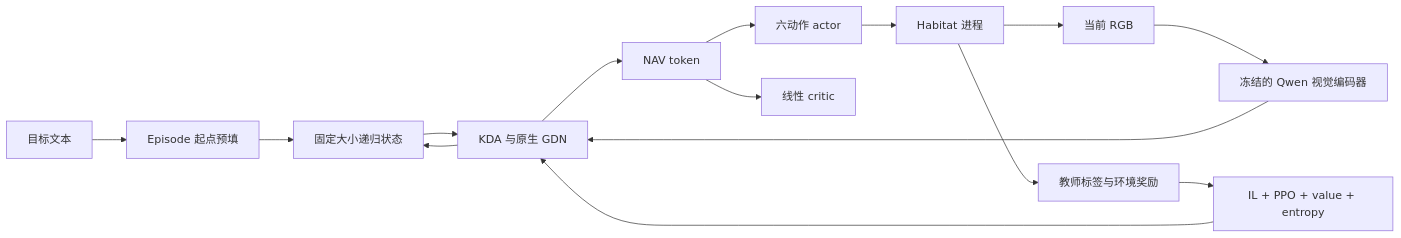
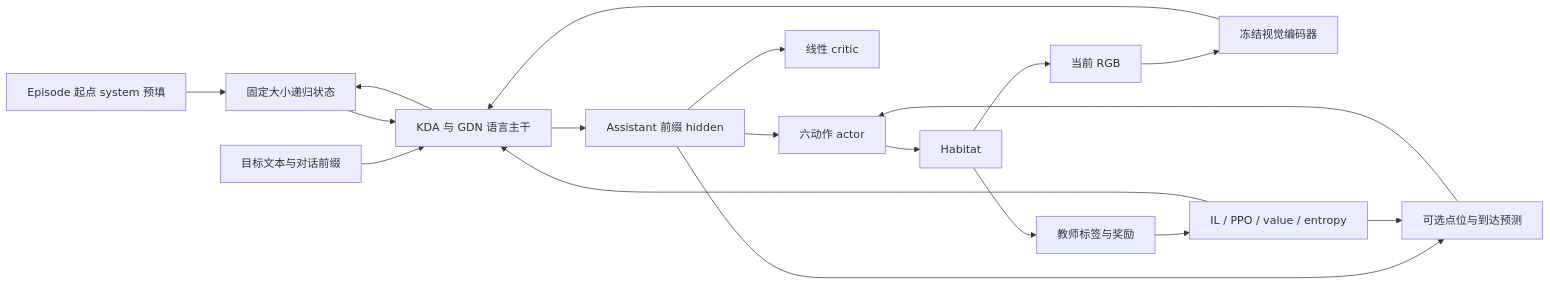
One commit to AlanLiangC/FastVLN changed the diagram in docs/architecture.md. Above: the diagram before and after it, drawn with Mermaid. The commit also changed other lines of this file and 106 other files, not shown here.

````diff
--- a/docs/architecture.md
+++ b/docs/architecture.md
@@ -9,17 +11,20 @@
 ```mermaid
 flowchart LR
-    I[目标文本] --> P[Episode 起点预填]
-    P --> C[固定大小递归状态]
-    R[当前 RGB] --> V[冻结的 Qwen 视觉编码器]
-    V --> K[KDA 与原生 GDN]
+    S[Episode 起点 system 预填] --> C[固定大小递归状态]
+    R[当前 RGB] --> V[冻结视觉编码器]
+    V --> K[KDA 与 GDN 语言主干]
+    G[目标文本与对话前缀] --> K
     C --> K
     K --> C
-    K --> N[NAV token]
-    N --> A[六动作 actor]
-    N --> B[线性 critic]
-    A --> E[Habitat 进程]
+    K --> H[Assistant 前缀 hidden]
+    H --> A[六动作 actor]
+    H --> P[可选点位与到达预测]
+    P --> A
+    H --> B[线性 critic]
+    A --> E[Habitat]
     E --> R
-    E --> O[教师标签与环境奖励]
-    O --> T[IL + PPO + value + entropy]
-    T --> K
+    E --> T[教师标签与奖励]
+    T --> L[IL / PPO / value / entropy]
+    L --> K
+    L --> P
 ```
````
